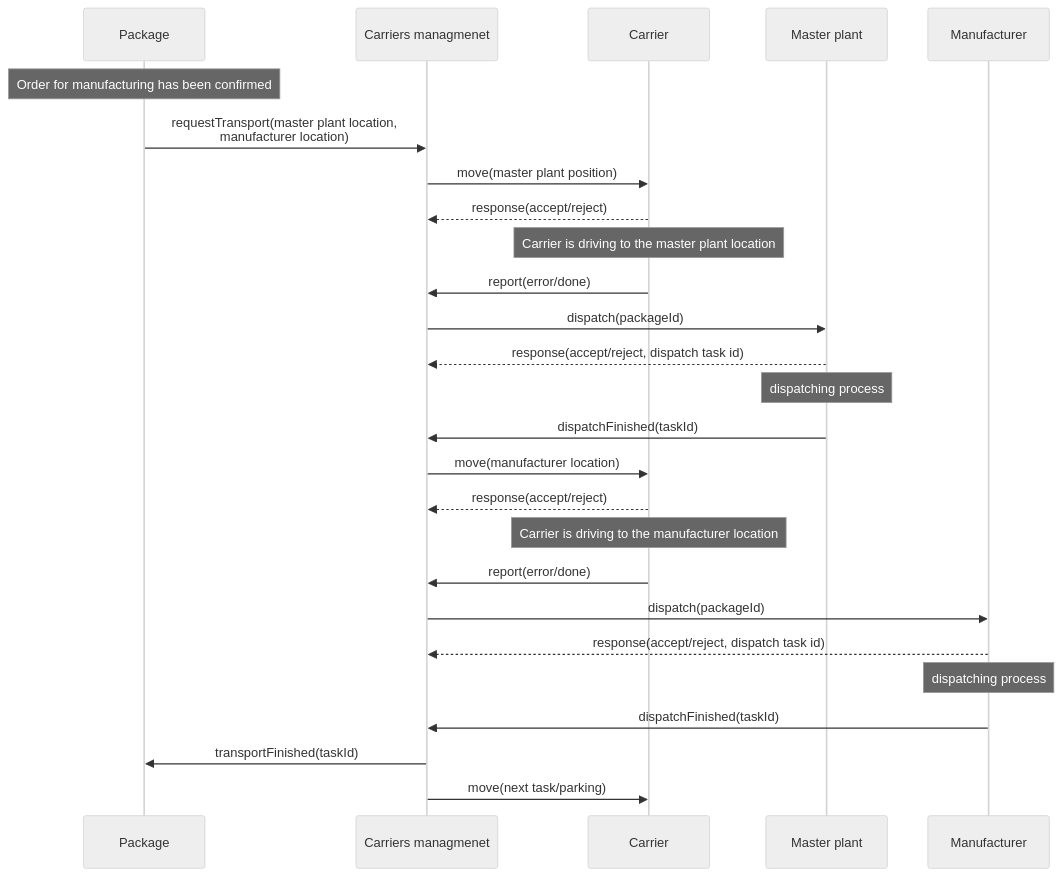
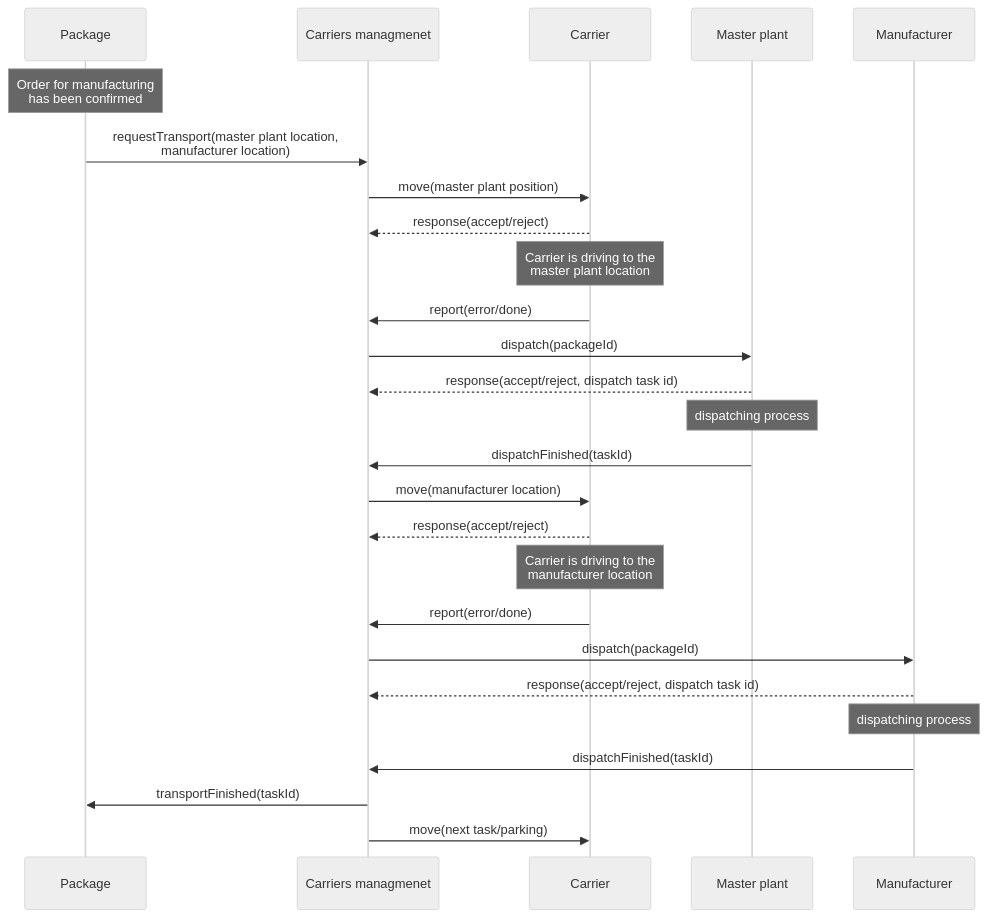
The second of 2 diagrams in README.md (fsprojekti/shr-mfg-platform), drawn with Mermaid (neutral theme) before and after one commit.

````diff
--- a/README.md
+++ b/README.md
@@ -75,32 +75,32 @@
 ```mermaid
 
 sequenceDiagram
 participant P as Package
-    Note over P: Order for manufacturing has been confirmed
+    Note over P: Order for manufacturing <br>has been confirmed
 participant C as Carriers managmenet
 participant A as Carrier
 participant O as Master plant 
 participant M as Manufacturer 
 
 P->>C: requestTransport(master plant location, <br>manufacturer location)
 C->>A: move(master plant position)
 A-->>C: response(accept/reject)
-Note over A: Carrier is driving to the master plant location
+Note over A: Carrier is driving to the <br>master plant location
 A->>C: report(error/done)
 C->>O: dispatch(packageId)
 O-->>C: response(accept/reject, dispatch task id)
 Note over O: dispatching process
 O->>C: dispatchFinished(taskId)
 C->>A: move(manufacturer location)
 
 A-->>C: response(accept/reject)
-Note over A: Carrier is driving to the manufacturer location
+Note over A: Carrier is driving to the <br>manufacturer location
 A->>C: report(error/done)
 C->>M: dispatch(packageId)
 M-->>C: response(accept/reject, dispatch task id)
 Note over M: dispatching process
 M->>C: dispatchFinished(taskId)
 C->>P: transportFinished(taskId)
 C->>A: move(next task/parking)
 
 ```
````
